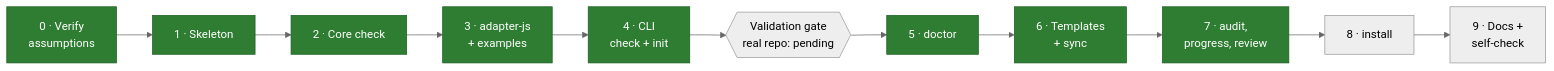
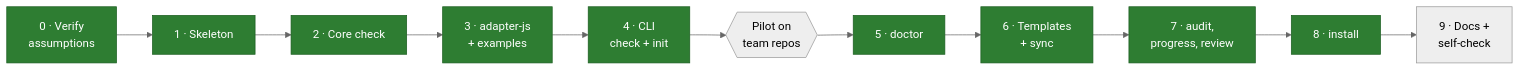
One commit to fredarcito/reins changed diagram 14 of 14 in README.md. Above: the diagram before and after it, drawn with Mermaid (neutral theme). The commit also changed other lines of this file and 17 other files, not shown here.

````diff
--- a/README.md
+++ b/README.md
@@ -493,8 +515,8 @@
 ```mermaid
 flowchart LR
     p0["0 · Verify<br/>assumptions"]:::done --> p1["1 · Skeleton"]:::done
     p1 --> p2["2 · Core check"]:::done --> p3["3 · adapter-js<br/>+ examples"]:::done --> p4["4 · CLI<br/>check + init"]:::done
-    p4 --> gate{{"Validation gate<br/>real repo: pending"}}
-    gate --> p5["5 · doctor"]:::done --> p6["6 · Templates<br/>+ sync"]:::done --> p7["7 · audit,<br/>progress, review"]:::done --> p8["8 · install"] --> p9["9 · Docs +<br/>self-check"]
+    p4 --> gate{{"Pilot on<br/>team repos"}}
+    gate --> p5["5 · doctor"]:::done --> p6["6 · Templates<br/>+ sync"]:::done --> p7["7 · audit,<br/>progress, review"]:::done --> p8["8 · install"]:::done --> p9["9 · Docs +<br/>self-check"]
     classDef done fill:#2e7d32,color:#fff,stroke:#1b5e20
 ```
````
